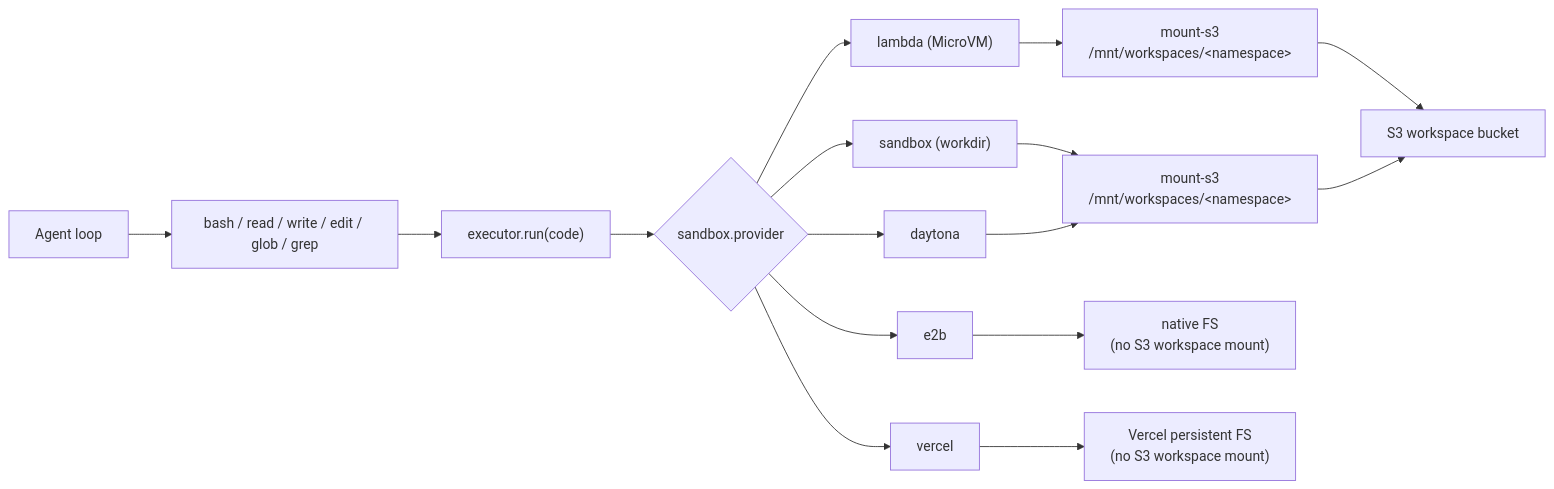
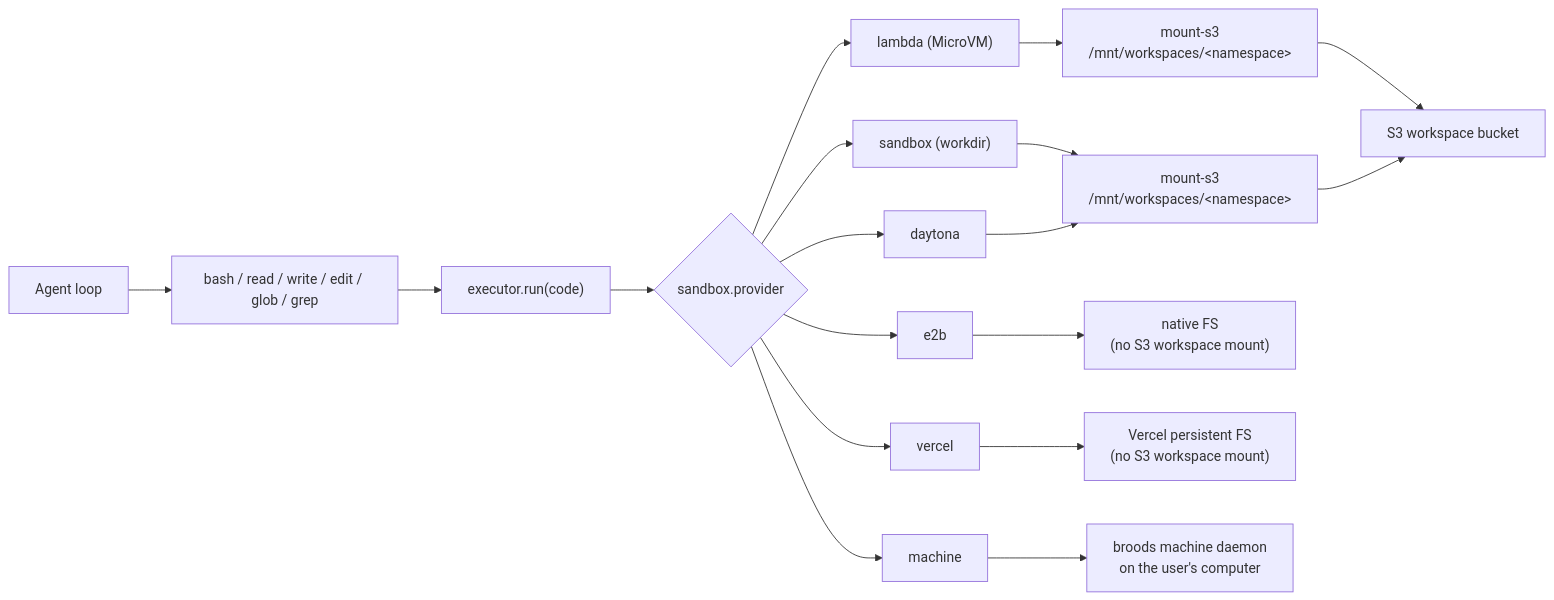
The diagram in apps/docs/docs/workspace/sandbox/index.md (beeblastco/broods), drawn with Mermaid before and after one commit. The commit also changed other lines of this file and 24 other files, not shown here.

First line of the commit message:
feat(core,gateway,sdk,convex): machine sandbox provider, the user's own computer

````diff
--- a/apps/docs/docs/workspace/sandbox/index.md
+++ b/apps/docs/docs/workspace/sandbox/index.md
@@ -45,19 +45,21 @@
 ```mermaid
 flowchart LR
   Agent["Agent loop"] --> Tools["bash / read / write / edit / glob / grep"]
   Tools --> Run["executor.run(code)"]
   Run --> Provider{"sandbox.provider"}
   Provider --> Sandbox["sandbox (workdir)"]
   Provider --> Lambda["lambda (MicroVM)"]
   Provider --> E2B["e2b"]
   Provider --> Daytona["daytona"]
   Provider --> Vercel["vercel"]
+  Provider --> Machine["machine"]
   Sandbox --> ExternalMount
   Lambda --> Mount["mount-s3<br/>/mnt/workspaces/&lt;namespace&gt;"]
   E2B --> Stateless["native FS<br/>(no S3 workspace mount)"]
   Daytona --> ExternalMount
   Vercel --> VercelFS["Vercel persistent FS<br/>(no S3 workspace mount)"]
+  Machine --> Daemon["broods machine daemon<br/>on the user's computer"]
   ExternalMount["mount-s3<br/>/mnt/workspaces/&lt;namespace&gt;"]
   Mount --> Bucket["S3 workspace bucket"]
   ExternalMount --> Bucket
 ```
````
